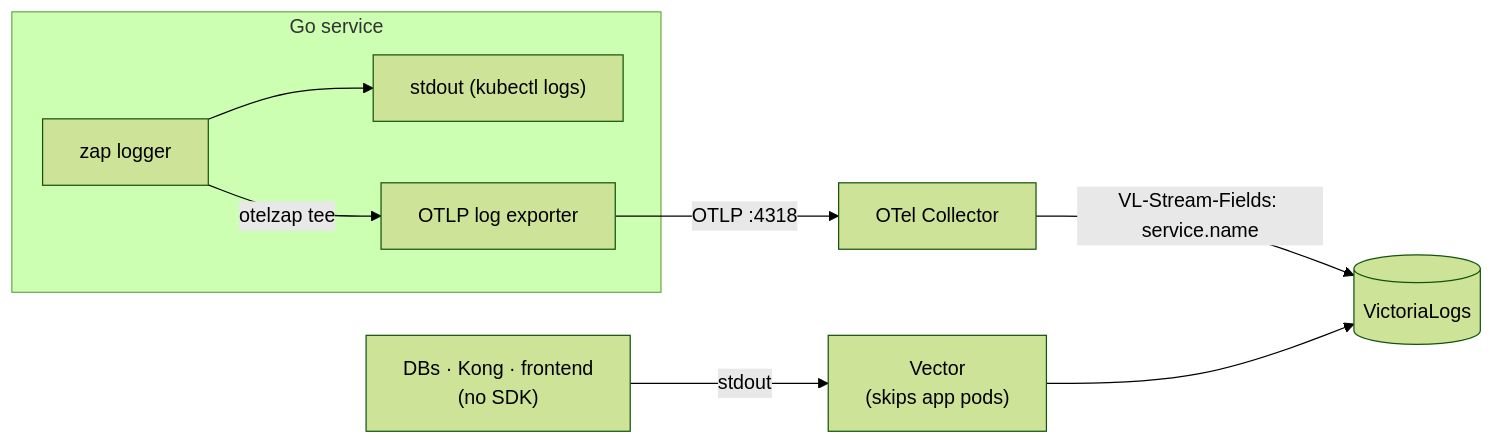
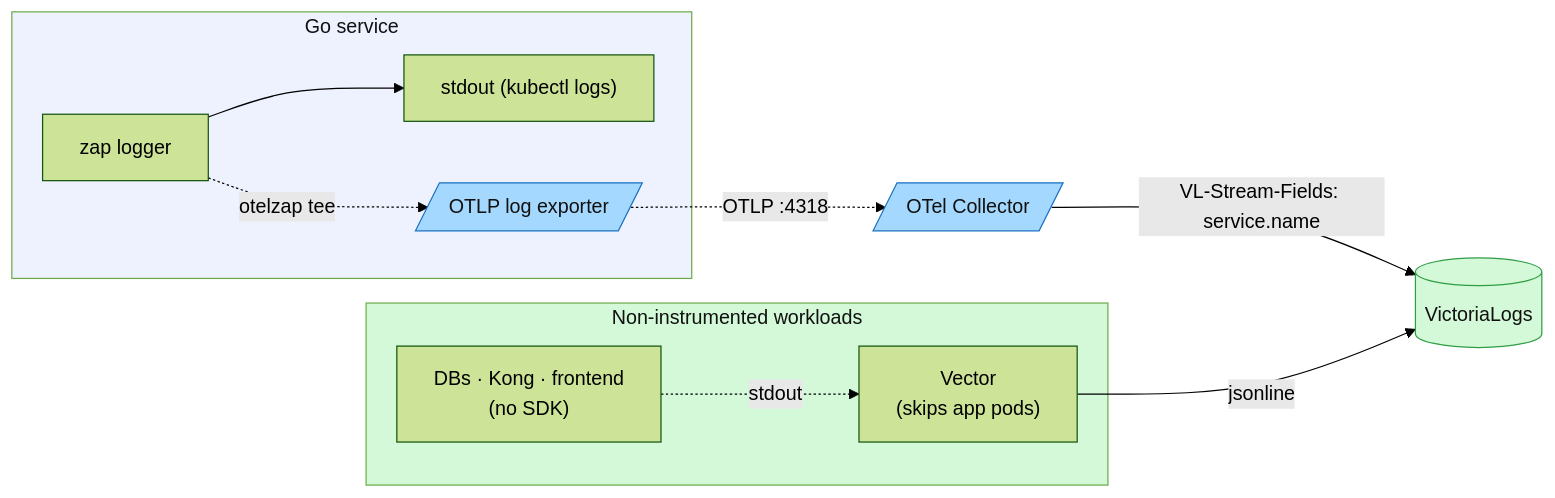
The fourth of 7 diagrams in docs/observability/rfc-0014-explainer.md (duynhlab/homelab), drawn with Mermaid (forest theme) before and after one commit. The commit also changed other lines of this file and 8 other files, not shown here.

First line of the commit message:
Restyle RFC-0014 observability diagrams (#482)

````diff
--- a/docs/observability/rfc-0014-explainer.md
+++ b/docs/observability/rfc-0014-explainer.md
@@ -189,11 +205,22 @@
 ```mermaid
 flowchart LR
     subgraph svc["Go service"]
         z["zap logger"]
         z --> so["stdout (kubectl logs)"]
-        z -->|"otelzap tee"| ex["OTLP log exporter"]
+        z -.->|"otelzap tee"| ex[/"OTLP log exporter"/]
     end
-    ex -->|"OTLP :4318"| col["OTel Collector"]
+    subgraph noni["Non-instrumented workloads"]
+        infra["DBs · Kong · frontend<br/>(no SDK)"]
+        vec["Vector<br/>(skips app pods)"]
+        infra -.->|"stdout"| vec
+    end
+    ex -.->|"OTLP :4318"| col[/"OTel Collector"/]
     col -->|"VL-Stream-Fields: service.name"| vl[(VictoriaLogs)]
-    infra["DBs · Kong · frontend<br/>(no SDK)"] -->|"stdout"| vec["Vector<br/>(skips app pods)"] --> vl
+    vec -->|"jsonline"| vl
+    classDef otc fill:#a5d8ff,stroke:#1971c2,color:#111;
+    classDef log fill:#d3f9d8,stroke:#2f9e44,color:#111;
+    class ex,col otc;
+    class vl log;
+    style svc fill:#eef2ff,color:#111;
+    style noni fill:#d3f9d8,color:#111;
 ```
````
